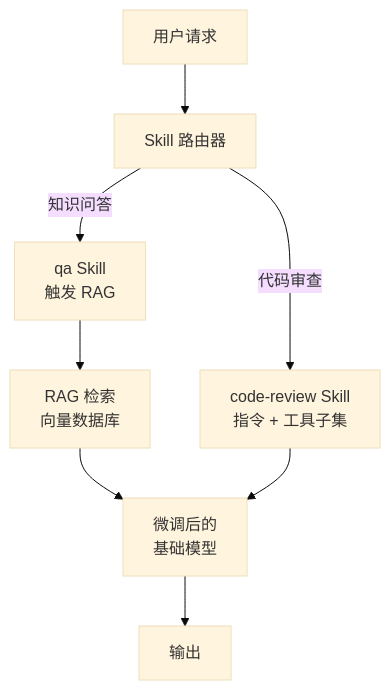
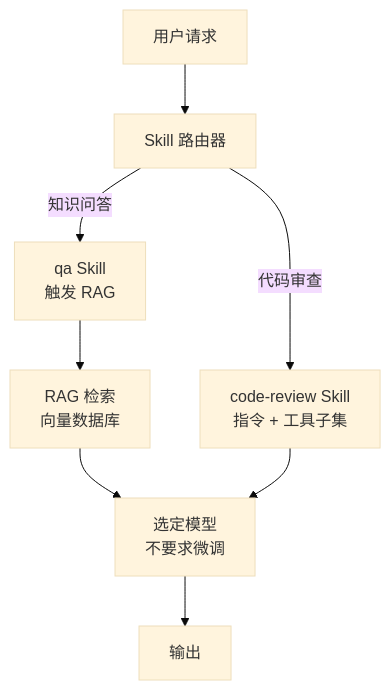
One commit to liukun2634/dev-interview-guide changed the third of 6 diagrams in docs/ai-technology/rag.md. Above: the diagram before and after it, drawn with Mermaid (base theme). The commit also changed other lines of this file and 10 other files, not shown here.

````diff
--- a/docs/ai-technology/rag.md
+++ b/docs/ai-technology/rag.md
@@ -127,10 +126,10 @@
 ```mermaid
 graph TD
     U["用户请求"] --> R["Skill 路由器"]
     R -->|代码审查| S1["code-review Skill<br/>指令 + 工具子集"]
     R -->|知识问答| S2["qa Skill<br/>触发 RAG"]
     S2 --> RAG["RAG 检索<br/>向量数据库"]
     RAG --> LLM
-    S1 --> LLM["微调后的<br/>基础模型"]
+    S1 --> LLM["选定模型<br/>不要求微调"]
     LLM --> O["输出"]
 ```
````
